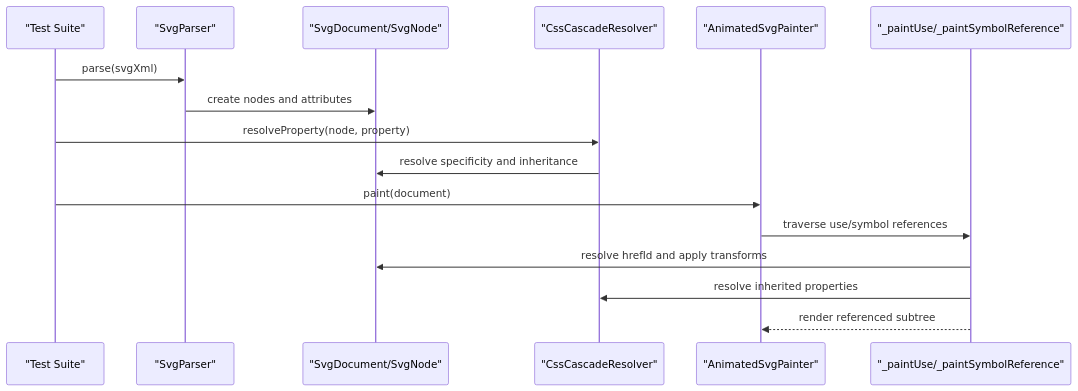
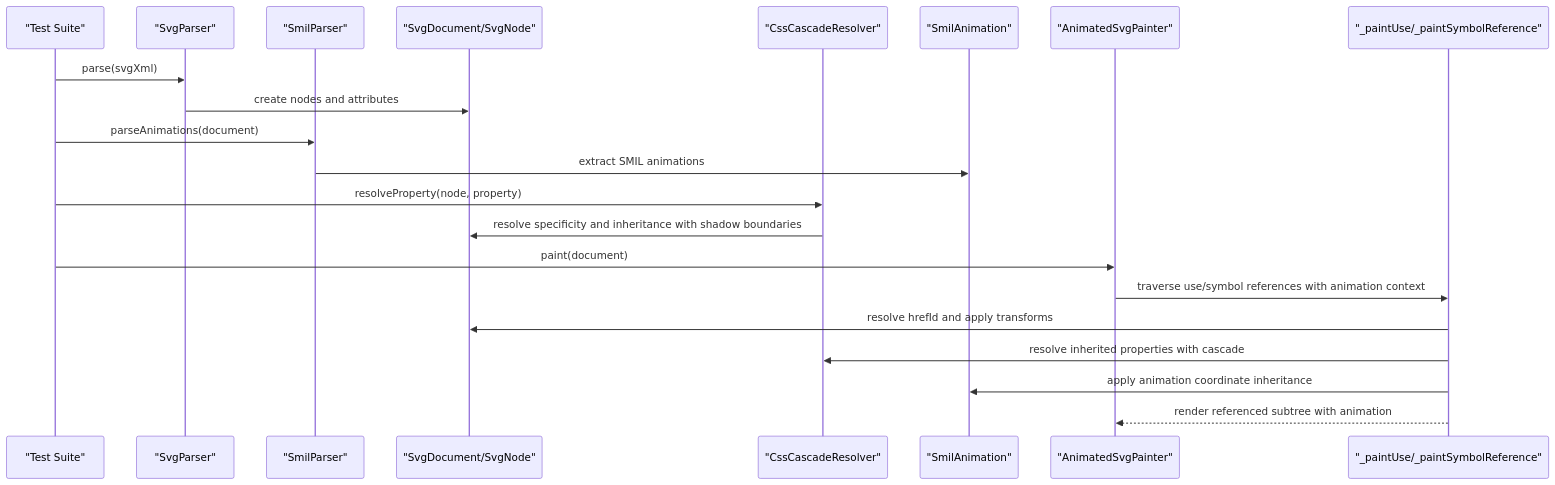
One commit to denisnadey/flutter_full_svg_support changed the second of 10 diagrams in .qoder/repowiki/en/content/Advanced Features/Use Element Symbol Inheritance.md. Above: the diagram before and after it, drawn with Mermaid. The commit also changed other lines of this file and 20 other files, not shown here.

````diff
--- a/.qoder/repowiki/en/content/Advanced Features/Use Element Symbol Inheritance.md
+++ b/.qoder/repowiki/en/content/Advanced Features/Use Element Symbol Inheritance.md
@@ -127,18 +142,23 @@
 ```mermaid
 sequenceDiagram
 participant Test as "Test Suite"
 participant Parser as "SvgParser"
+participant SMIL as "SmilParser"
 participant DOM as "SvgDocument/SvgNode"
 participant CSS as "CssCascadeResolver"
+participant SMILAnim as "SmilAnimation"
 participant Painter as "AnimatedSvgPainter"
 participant UseExt as "_paintUse/_paintSymbolReference"
 Test->>Parser : parse(svgXml)
 Parser->>DOM : create nodes and attributes
+Test->>SMIL : parseAnimations(document)
+SMIL->>SMILAnim : extract SMIL animations
 Test->>CSS : resolveProperty(node, property)
-CSS->>DOM : resolve specificity and inheritance
+CSS->>DOM : resolve specificity and inheritance with shadow boundaries
 Test->>Painter : paint(document)
-Painter->>UseExt : traverse use/symbol references
+Painter->>UseExt : traverse use/symbol references with animation context
 UseExt->>DOM : resolve hrefId and apply transforms
-UseExt->>CSS : resolve inherited properties
-UseExt-->>Painter : render referenced subtree
+UseExt->>CSS : resolve inherited properties with cascade
+UseExt->>SMILAnim : apply animation coordinate inheritance
+UseExt-->>Painter : render referenced subtree with animation
 ```
````
